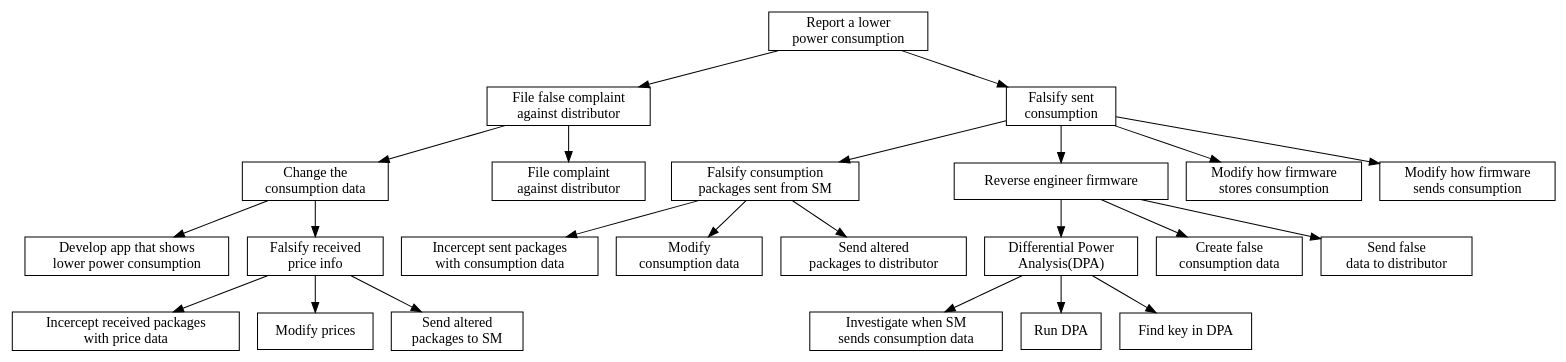
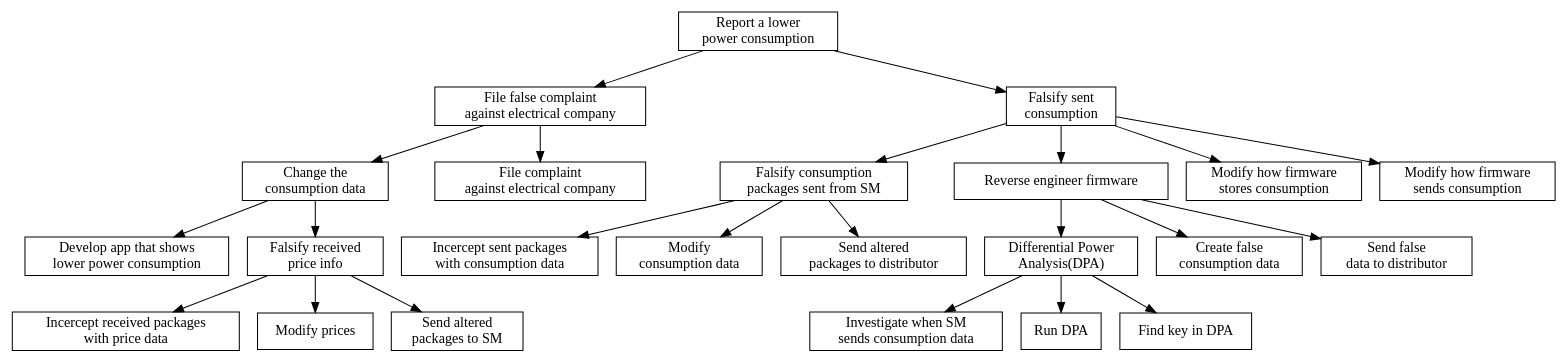
Before and after one commit to des904e15/report: the diagram in figures/graphviz/consumer.dot, drawn with Graphviz. The commit also changed 18 other files, not shown here.

```diff
--- a/figures/graphviz/consumer.dot
+++ b/figures/graphviz/consumer.dot
@@ -1,72 +1,72 @@
 digraph G {
 
 // graph[ center=true, margin=0.2, nodesep=0.1, ranksep=0.3];
 node[ shape=rectangle];
 
 root [label="Report a lower \npower consumption", shape=OR];
-complaint [label="File false complaint \nagainst distributor",shape=AND];
+complaint [label="File false complaint \nagainst electrical company",shape=AND];
 falsify [label="Falsify sent \nconsumption",shape=OR];
 
 
 
 //COMPLAINT SUBTREE
 root -> complaint;
 
 forgeConsumptionData[shape=OR];
 forgeConsumptionData[label="Change the \nconsumption data"];
 complaint -> forgeConsumptionData
-fileComplaint[label="File complaint \nagainst distributor"]
+fileComplaint[label="File complaint \nagainst electrical company"]
 complaint -> fileComplaint
 
 app[label="Develop app that shows \nlower power consumption"];
 forgeConsumptionData ->  app;
 
 falsifyReceived[label="Falsify received \nprice info",shape=AND];
 forgeConsumptionData -> falsifyReceived;
 interceptReceived[label="Incercept received packages \nwith price data"];
 modifyPrices[label="Modify prices"];
 resendToSM[label="Send altered \npackages to SM"];
 falsifyReceived -> interceptReceived;
 falsifyReceived -> modifyPrices;
 falsifyReceived -> resendToSM;
 
 
 //FALSIFY SUBTREE
 root -> falsify;
 
 package[label="Falsify consumption \npackages sent from SM",shape=AND];
 falsify ->	package;
 intercept[label="Incercept sent packages \nwith consumption data"];
 modify[label="Modify \nconsumption data"];
 resend[label="Send altered \npackages to distributor"]
 package -> intercept;
 package -> modify;
 package -> resend;
 
 reverseEngineer[label="Reverse engineer firmware",shape=AND];
 falsify -> reverseEngineer;
 reverseEngineer -> obtainKey;
 whenSend[label="Investigate when SM \nsends consumption data"];
 obtainKey[label="Differential Power \nAnalysis(DPA)",shape=AND];
 obtainKey -> whenSend;
 performDPA[label="Run DPA"]
 obtainKey -> performDPA;
 findKeyInDPA[label="Find key in DPA"];
 obtainKey -> findKeyInDPA;
 createFalseConsumptionData[label="Create false \nconsumption data"];
 reverseEngineer -> createFalseConsumptionData;
 sendFalseData[label="Send false \ndata to distributor"]
 reverseEngineer -> sendFalseData;
 
 ModifyFWstore[label="Modify how firmware \nstores consumption"];
 falsify -> ModifyFWstore;
 
 
 ModifyFWsend[label="Modify how firmware \nsends consumption"];
 falsify -> ModifyFWsend;
 
 
 
 
 
 }
```
